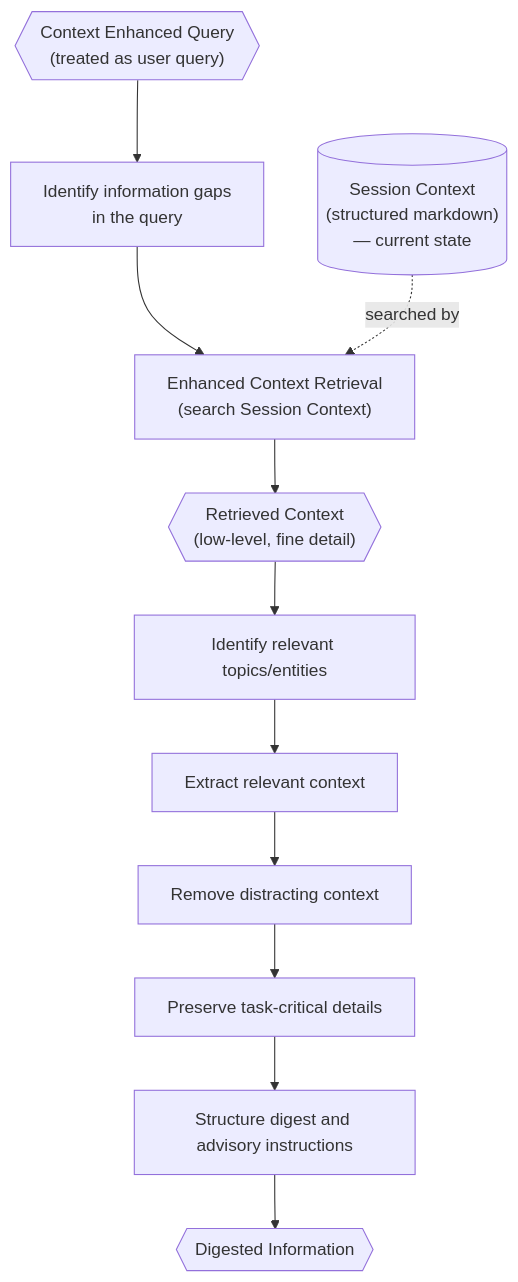
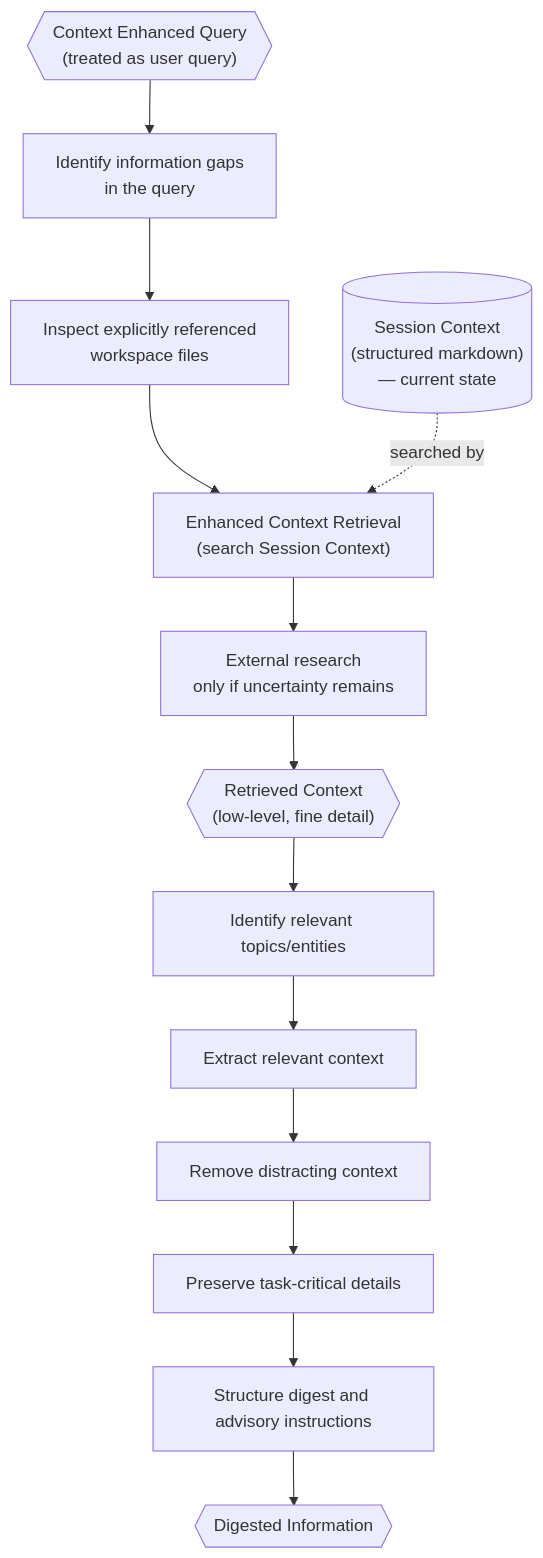
Before and after one commit to VJyzCELERY/TINYCUA: the diagram in src/tinycua/docs/architecture/information-digestion.md, drawn with Mermaid. The commit also changed other lines of this file and 74 other files, not shown here.

````diff
--- a/src/tinycua/docs/architecture/information-digestion.md
+++ b/src/tinycua/docs/architecture/information-digestion.md
@@ -50,25 +52,29 @@
 ```mermaid
 flowchart TD
     CEQ{{"Context Enhanced Query\n(treated as user query)"}}
     GAPS["Identify information gaps\nin the query"]
+    FILES["Inspect explicitly referenced\nworkspace files"]
     RETRIEVE["Enhanced Context Retrieval\n(search Session Context)"]
+    EXTERNAL["External research\nonly if uncertainty remains"]
     SESSION_CTX[("Session Context\n(structured markdown)\n— current state")]
     RET_CTX{{"Retrieved Context\n(low-level, fine detail)"}}
     FOCUS["Identify relevant topics/entities"]
     EXTRACT["Extract relevant context"]
     FILTER["Remove distracting context"]
     PRESERVE["Preserve task-critical details"]
     STRUCTURE["Structure digest and advisory instructions"]
     DI{{"Digested Information"}}
 
     CEQ --> GAPS
-    GAPS --> RETRIEVE
+    GAPS --> FILES
+    FILES --> RETRIEVE
+    RETRIEVE --> EXTERNAL
     SESSION_CTX -. "searched by" .-> RETRIEVE
-    RETRIEVE --> RET_CTX
+    EXTERNAL --> RET_CTX
     RET_CTX --> FOCUS
     FOCUS --> EXTRACT
     EXTRACT --> FILTER
     FILTER --> PRESERVE
     PRESERVE --> STRUCTURE
     STRUCTURE --> DI
 ```
````
